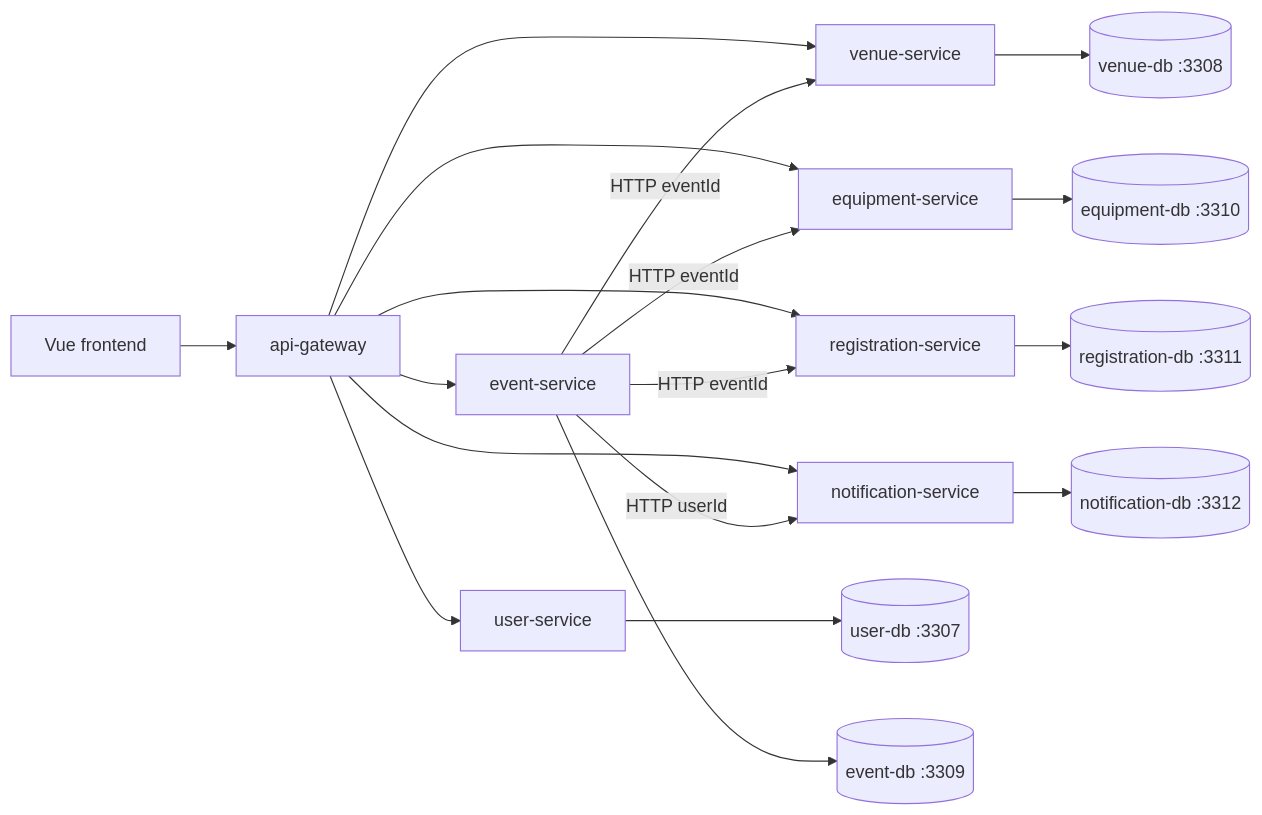
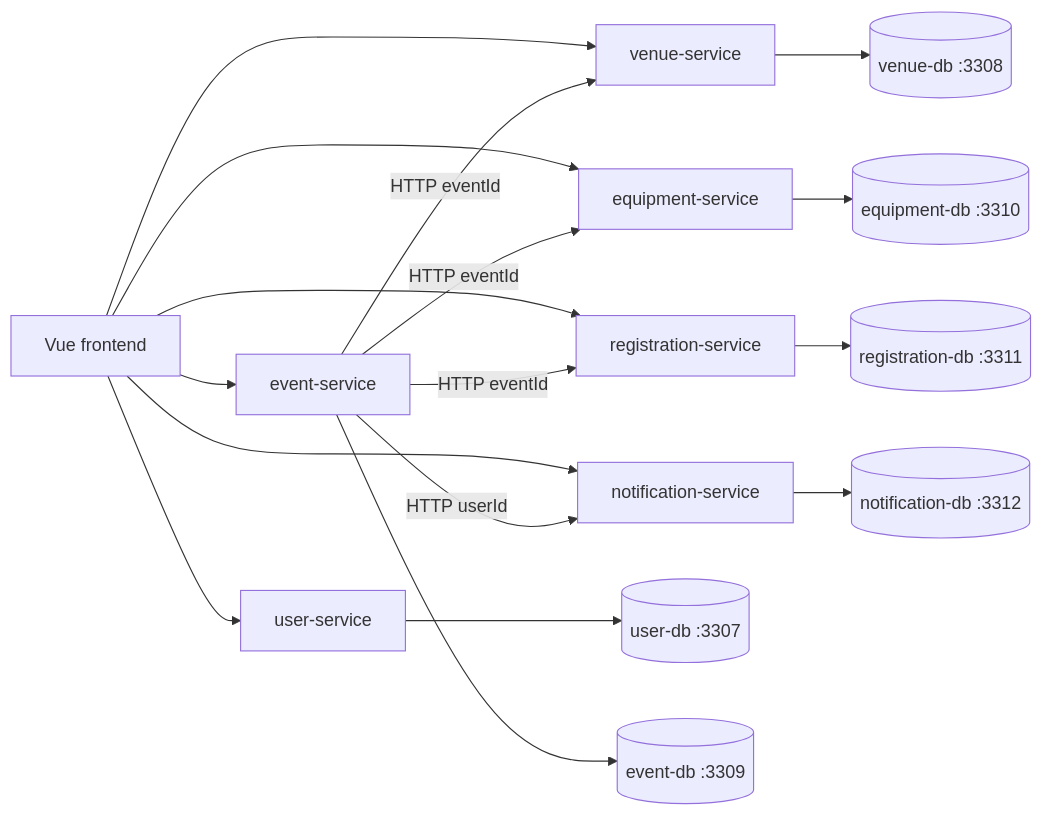
The first of 2 diagrams in docs/data-model.md (Matthewkhlr/SPM_G6T3), drawn with Mermaid before and after one commit. The commit also changed 21 other files, not shown here.

Commit message:
Task: Removed API Gateway

````diff
--- a/docs/data-model.md
+++ b/docs/data-model.md
@@ -20,20 +20,19 @@
 ```mermaid
 flowchart LR
-  Vue[Vue frontend] --> GW[api-gateway]
-  GW --> UserSvc[user-service]
-  GW --> EventSvc[event-service]
-  GW --> VenueSvc[venue-service]
-  GW --> EquipSvc[equipment-service]
-  GW --> RegSvc[registration-service]
-  GW --> NotifSvc[notification-service]
+  Vue[Vue frontend] --> UserSvc[user-service]
+  Vue --> EventSvc[event-service]
+  Vue --> VenueSvc[venue-service]
+  Vue --> EquipSvc[equipment-service]
+  Vue --> RegSvc[registration-service]
+  Vue --> NotifSvc[notification-service]
   UserSvc --> UserDB[(user-db :3307)]
   EventSvc --> EventDB[(event-db :3309)]
   VenueSvc --> VenueDB[(venue-db :3308)]
   EquipSvc --> EquipDB[(equipment-db :3310)]
   RegSvc --> RegDB[(registration-db :3311)]
   NotifSvc --> NotifDB[(notification-db :3312)]
   EventSvc -->|"HTTP eventId"| VenueSvc
   EventSvc -->|"HTTP eventId"| EquipSvc
   EventSvc -->|"HTTP eventId"| RegSvc
   EventSvc -->|"HTTP userId"| NotifSvc
 ```
````
